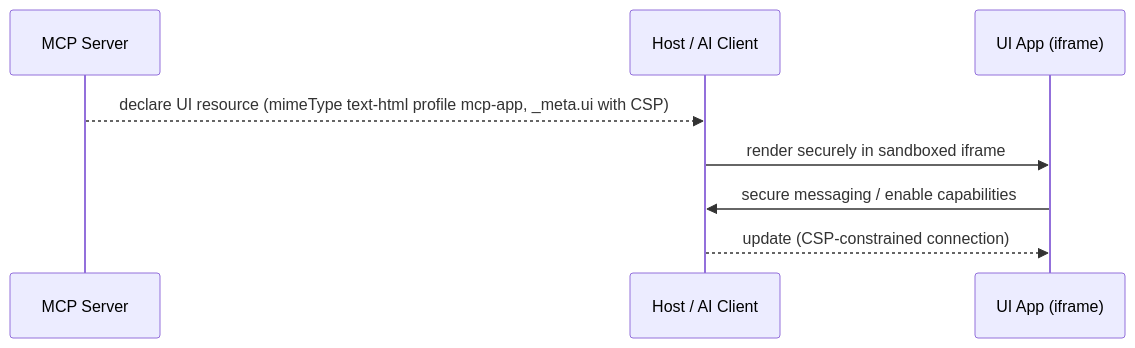
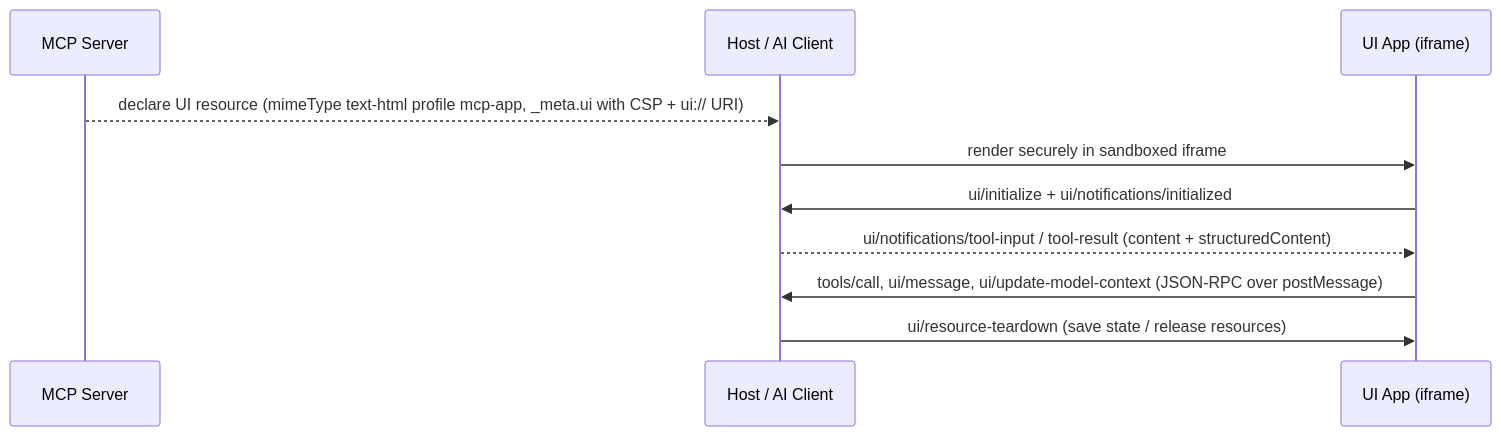
One commit to seraph1nia/open-ai-wiki changed the diagram in openwiki/protocols/mcp-apps.md. Above: the diagram before and after it, drawn with Mermaid. The commit also changed other lines of this file and 31 other files, not shown here.

````diff
--- a/openwiki/protocols/mcp-apps.md
+++ b/openwiki/protocols/mcp-apps.md
@@ -33,10 +33,12 @@
 ```mermaid
 sequenceDiagram
     participant S as MCP Server
     participant H as Host / AI Client
     participant F as UI App (iframe)
-    S-->>H: declare UI resource (mimeType text-html profile mcp-app, _meta.ui with CSP)
+    S-->>H: declare UI resource (mimeType text-html profile mcp-app, _meta.ui with CSP + ui:// URI)
     H->>F: render securely in sandboxed iframe
-    F->>H: secure messaging / enable capabilities
-    H-->>F: update (CSP-constrained connection)
+    F->>H: ui/initialize + ui/notifications/initialized
+    H-->>F: ui/notifications/tool-input / tool-result (content + structuredContent)
+    F->>H: tools/call, ui/message, ui/update-model-context (JSON-RPC over postMessage)
+    H->>F: ui/resource-teardown (save state / release resources)
 ```
````
